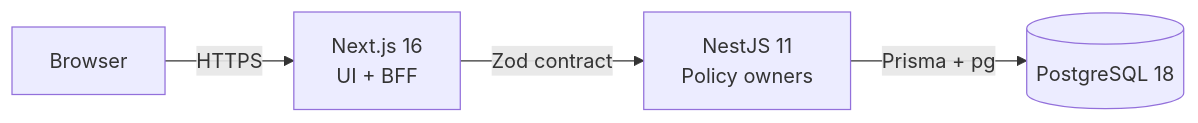
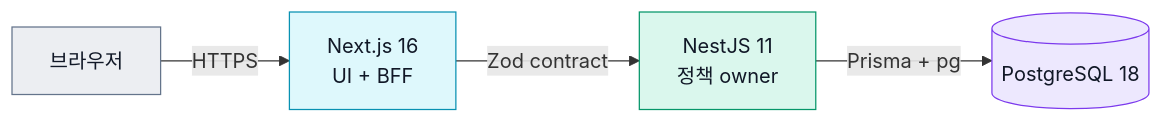
The first of 3 diagrams in README.md (woohyun365/dormduri), drawn with Mermaid before and after one commit. The commit also changed other lines of this file, not shown here.

First line of the commit message:
docs(readme): README를 현재 저장소 기준으로 갱신하고 한국어 제목·역할 색 다이어그램으로 정리한다 #618

````diff
--- a/README.md
+++ b/README.md
@@ -49,6 +68,11 @@
 ```mermaid
 flowchart LR
-    Browser[Browser] -->|HTTPS| Web[Next.js 16<br/>UI + BFF]
-    Web -->|Zod contract| API[NestJS 11<br/>Policy owners]
-    API -->|Prisma + pg| DB[(PostgreSQL 18)]
+    Browser[브라우저]:::external -->|HTTPS| Web[Next.js 16<br/>UI + BFF]:::frontend
+    Web -->|Zod contract| API[NestJS 11<br/>정책 owner]:::backend
+    API -->|Prisma + pg| DB[(PostgreSQL 18)]:::database
+
+    classDef frontend fill:#def8fc,stroke:#0891b2,color:#111827
+    classDef backend fill:#daf7ed,stroke:#059669,color:#111827
+    classDef database fill:#ede8fe,stroke:#7c3aed,color:#111827
+    classDef external fill:#eceef2,stroke:#64748b,color:#111827
 ```
````
